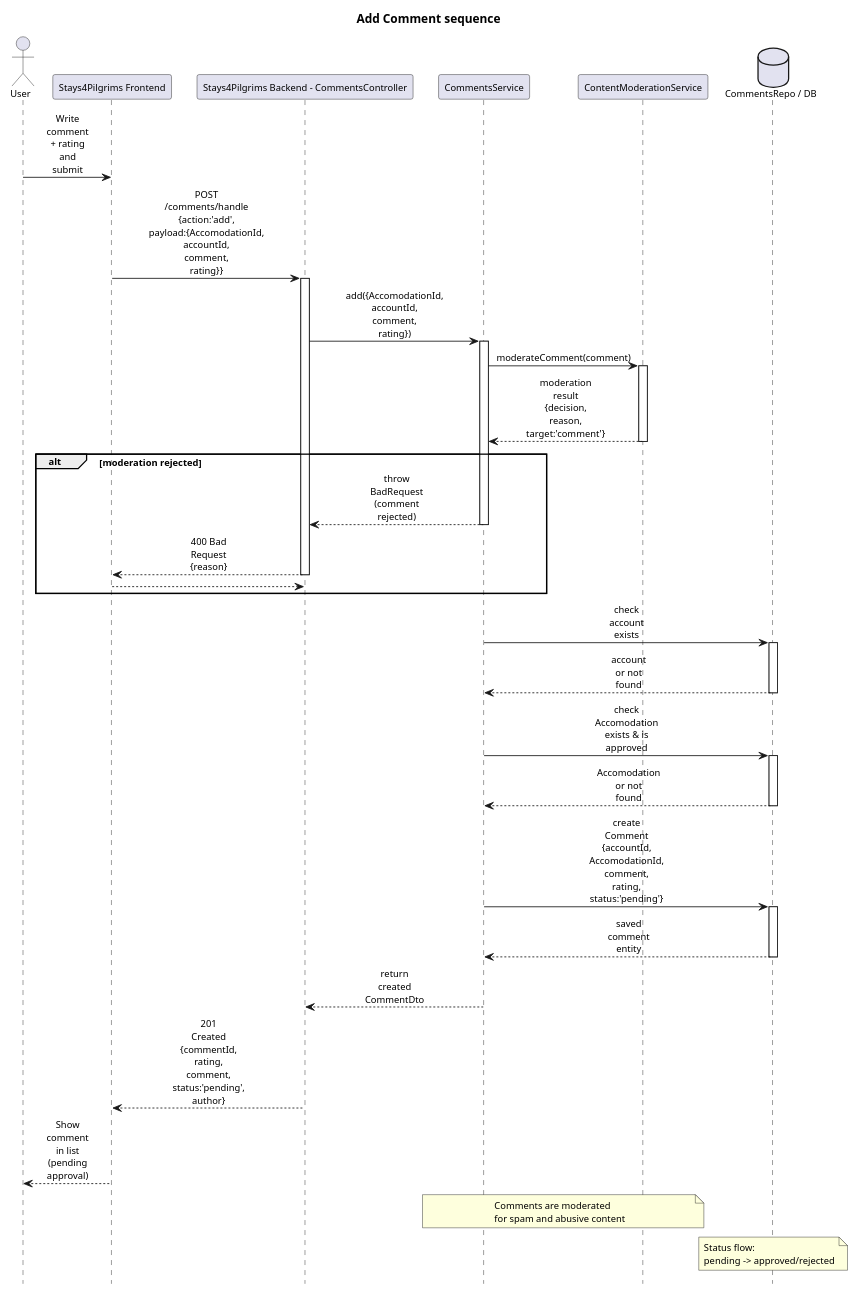
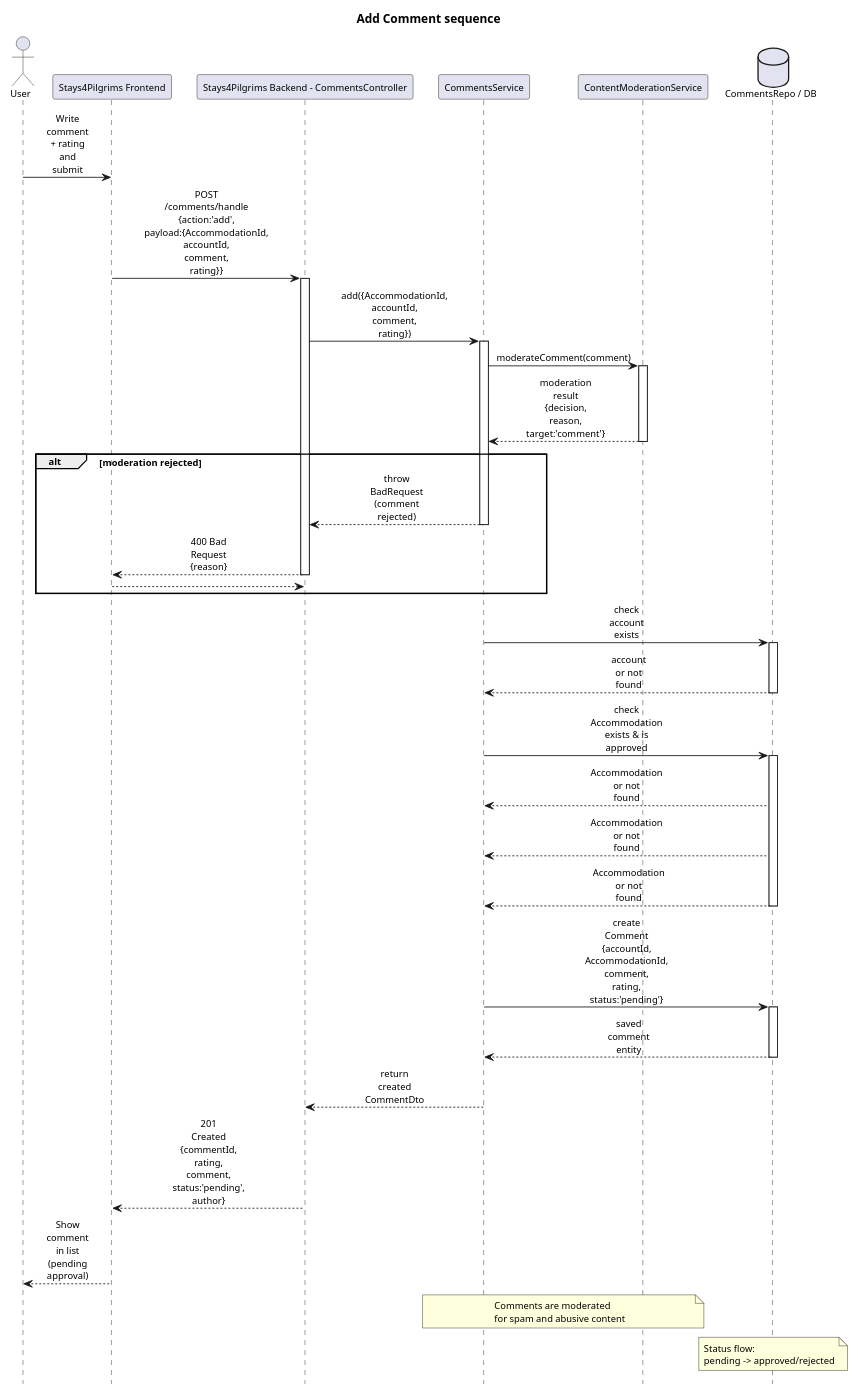
The diagram in docs/diagrams/sequence-add-comment.puml (alegna83/cookbook-be), drawn with PlantUML before and after one commit. The commit also changed 14 other files, not shown here.

Commit message:
docs: update architecture diagrams and accommodation spelling

```diff
--- a/docs/diagrams/sequence-add-comment.puml
+++ b/docs/diagrams/sequence-add-comment.puml
@@ -1,58 +1,60 @@
 @startuml
 title Add Comment sequence
 scale 0.85
 hide footbox
 skinparam defaultFontName Arial
 skinparam defaultFontSize 11
 skinparam maxMessageSize 55
 skinparam sequence {
   ParticipantPadding 10
   BoxPadding 8
   MessageAlign center
   ArrowThickness 1
 }
 actor User
 participant "Stays4Pilgrims Frontend" as FE
 participant "Stays4Pilgrims Backend - CommentsController" as API
 participant "CommentsService" as SVC
 participant "ContentModerationService" as MOD
 database "CommentsRepo / DB" as DB
 
 User -> FE: Write comment + rating\nand submit
-FE -> API: POST /comments/handle\n{action:'add', payload:{AccomodationId, accountId, comment, rating}}
+FE -> API: POST /comments/handle\n{action:'add', payload:{AccommodationId, accountId, comment, rating}}
 activate API
-API -> SVC: add({AccomodationId, accountId, comment, rating})
+API -> SVC: add({AccommodationId, accountId, comment, rating})
 activate SVC
 SVC -> MOD: moderateComment(comment)
 activate MOD
 MOD --> SVC: moderation result\n{decision, reason, target:'comment'}
 deactivate MOD
 alt moderation rejected
   SVC --> API: throw BadRequest (comment rejected)
   deactivate SVC
   API --> FE: 400 Bad Request {reason}
   deactivate API
   return
 end
 SVC -> DB: check account exists
 activate DB
 DB --> SVC: account or not found
 deactivate DB
-SVC -> DB: check Accomodation exists & is approved
+SVC -> DB: check Accommodation exists & is approved
 activate DB
-DB --> SVC: Accomodation or not found
+DB --> SVC: Accommodation or not found
+DB --> SVC: Accommodation or not found
+DB --> SVC: Accommodation or not found
 deactivate DB
-SVC -> DB: create Comment\n{accountId, AccomodationId, comment, rating, status:'pending'}
+SVC -> DB: create Comment\n{accountId, AccommodationId, comment, rating, status:'pending'}
 activate DB
 DB --> SVC: saved comment entity
 deactivate DB
 SVC --> API: return created CommentDto
 deactivate SVC
 API --> FE: 201 Created\n{commentId, rating, comment, status:'pending', author}
 deactivate API
 FE --> User: Show comment in list (pending approval)
 
 note over SVC,MOD: Comments are moderated\nfor spam and abusive content
 note over DB: Status flow:\npending -> approved/rejected
 
 @enduml
```
